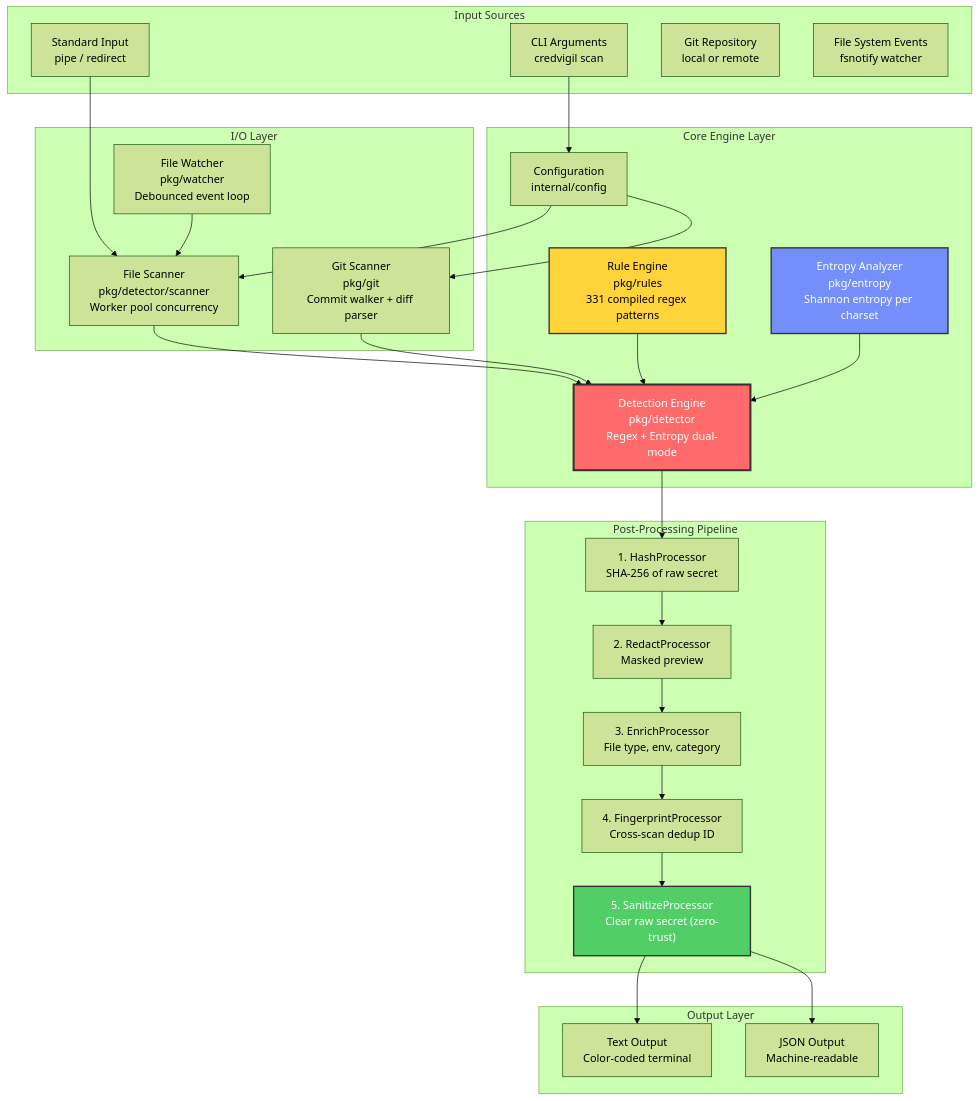
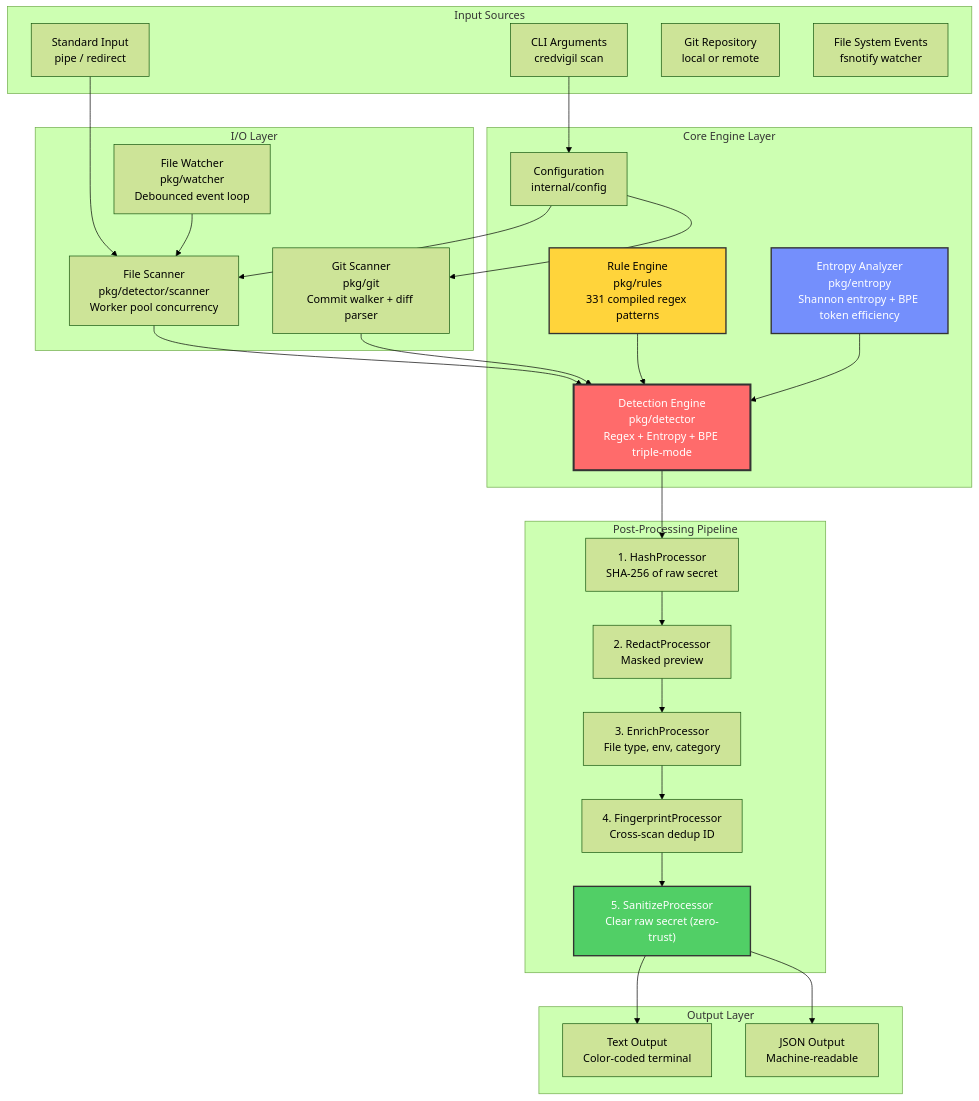
One commit to svemulapati/CredVigil changed the first of 60 diagrams in docs/training/00-System-Design.md. Above: the diagram before and after it, drawn with Mermaid (forest theme). The commit also changed other lines of this file and 8 other files, not shown here.

````diff
--- a/docs/training/00-System-Design.md
+++ b/docs/training/00-System-Design.md
@@ -62,61 +62,61 @@
 ```mermaid
 graph TB
     subgraph "Input Sources"
         CLI["CLI Arguments<br/>credvigil scan"]
         STDIN["Standard Input<br/>pipe / redirect"]
         GIT["Git Repository<br/>local or remote"]
         FS["File System Events<br/>fsnotify watcher"]
     end
 
     subgraph "Core Engine Layer"
         CONFIG["Configuration<br/>internal/config"]
         RULES["Rule Engine<br/>pkg/rules<br/>331 compiled regex patterns"]
-        DETECTOR["Detection Engine<br/>pkg/detector<br/>Regex + Entropy dual-mode"]
-        ENTROPY["Entropy Analyzer<br/>pkg/entropy<br/>Shannon entropy per charset"]
+        DETECTOR["Detection Engine<br/>pkg/detector<br/>Regex + Entropy + BPE triple-mode"]
+        ENTROPY["Entropy Analyzer<br/>pkg/entropy<br/>Shannon entropy + BPE token efficiency"]
     end
 
     subgraph "I/O Layer"
         SCANNER["File Scanner<br/>pkg/detector/scanner<br/>Worker pool concurrency"]
         GITSCANNER["Git Scanner<br/>pkg/git<br/>Commit walker + diff parser"]
         WATCHER["File Watcher<br/>pkg/watcher<br/>Debounced event loop"]
     end
 
     subgraph "Post-Processing Pipeline"
         HASH["1. HashProcessor<br/>SHA-256 of raw secret"]
         REDACT["2. RedactProcessor<br/>Masked preview"]
         ENRICH["3. EnrichProcessor<br/>File type, env, category"]
         FINGERPRINT["4. FingerprintProcessor<br/>Cross-scan dedup ID"]
         SANITIZE["5. SanitizeProcessor<br/>Clear raw secret (zero-trust)"]
     end
 
     subgraph "Output Layer"
         TEXT["Text Output<br/>Color-coded terminal"]
         JSON["JSON Output<br/>Machine-readable"]
     end
 
     CLI --> CONFIG
     CONFIG --> SCANNER
     CONFIG --> GITSCANNER
     STDIN --> SCANNER
 
     SCANNER --> DETECTOR
     GITSCANNER --> DETECTOR
     WATCHER --> SCANNER
 
     RULES --> DETECTOR
     ENTROPY --> DETECTOR
 
     DETECTOR --> HASH
     HASH --> REDACT
     REDACT --> ENRICH
     ENRICH --> FINGERPRINT
     FINGERPRINT --> SANITIZE
 
     SANITIZE --> TEXT
     SANITIZE --> JSON
 
     style DETECTOR fill:#ff6b6b,stroke:#333,stroke-width:3px,color:#fff
     style SANITIZE fill:#51cf66,stroke:#333,stroke-width:2px,color:#fff
     style RULES fill:#ffd43b,stroke:#333,stroke-width:2px
     style ENTROPY fill:#748ffc,stroke:#333,stroke-width:2px,color:#fff
 ```
````
